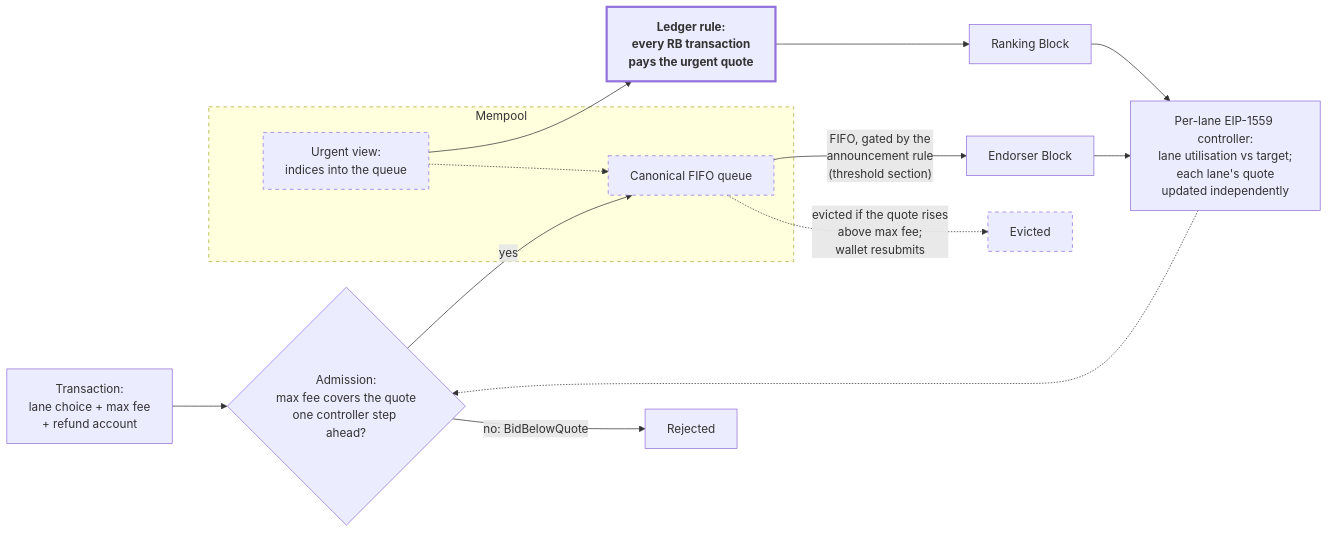
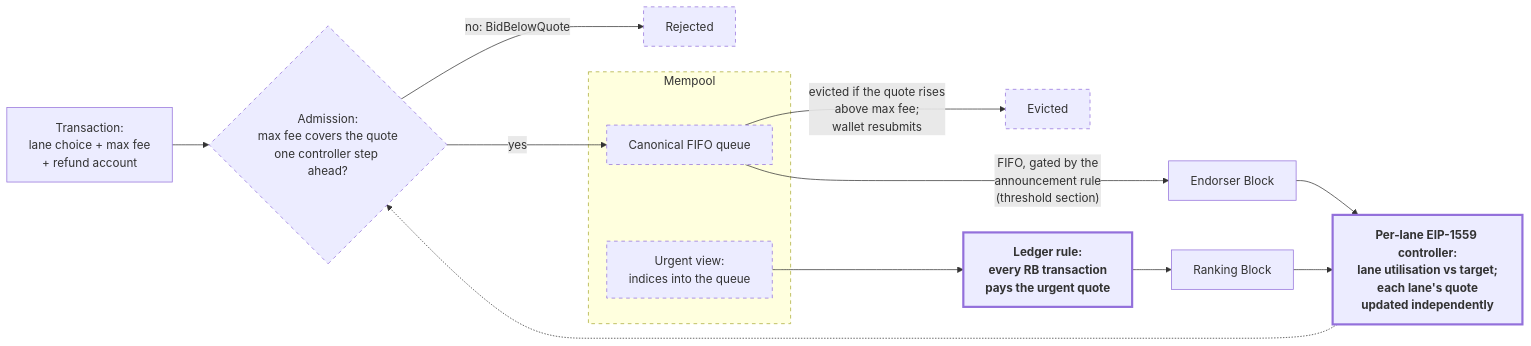
Before and after one commit to input-output-hk/tiered-pricing: the first of 4 diagrams in docs/phase-2/CIP-urgency-signalling/README.md, drawn with Mermaid. The commit also changed other lines of this file and 28 other files, not shown here.

````diff
--- a/docs/phase-2/CIP-urgency-signalling/README.md
+++ b/docs/phase-2/CIP-urgency-signalling/README.md
@@ -44,22 +44,21 @@
 ```mermaid
 flowchart LR
     TX["Transaction:<br/>lane choice + max fee<br/>+ refund account"] --> ADM{"Admission:<br/>max fee covers the quote<br/>one controller step ahead?"}
     ADM -- "no: BidBelowQuote" --> REJ["Rejected"]
     ADM -- "yes" --> Q
     subgraph MP["Mempool"]
         Q["Canonical FIFO queue"]
         UV["Urgent view:<br/>indices into the queue"]
-        UV -.-> Q
     end
-    Q -. "evicted if the quote rises<br/>above max fee;<br/>wallet resubmits" .-> EV["Evicted"]
+    Q -- "evicted if the quote rises<br/>above max fee;<br/>wallet resubmits" --> EV["Evicted"]
     UV --> RULE["Ledger rule:<br/>every RB transaction<br/>pays the urgent quote"]
     RULE --> RB["Ranking Block"]
     Q -- "FIFO, gated by the<br/>announcement rule<br/>(threshold section)" --> EB["Endorser Block"]
     RB --> CTRL["Per-lane EIP-1559 controller:<br/>lane utilisation vs target;<br/>each lane's quote<br/>updated independently"]
     EB --> CTRL
     CTRL -.-> ADM
     classDef enforced stroke-width:3px,font-weight:bold;
     classDef policy stroke-dasharray:5 5;
-    class RULE enforced;
-    class MP,Q,UV,EV policy;
+    class RULE,CTRL enforced;
+    class ADM,REJ,MP,Q,UV,EV policy;
 ```
````
